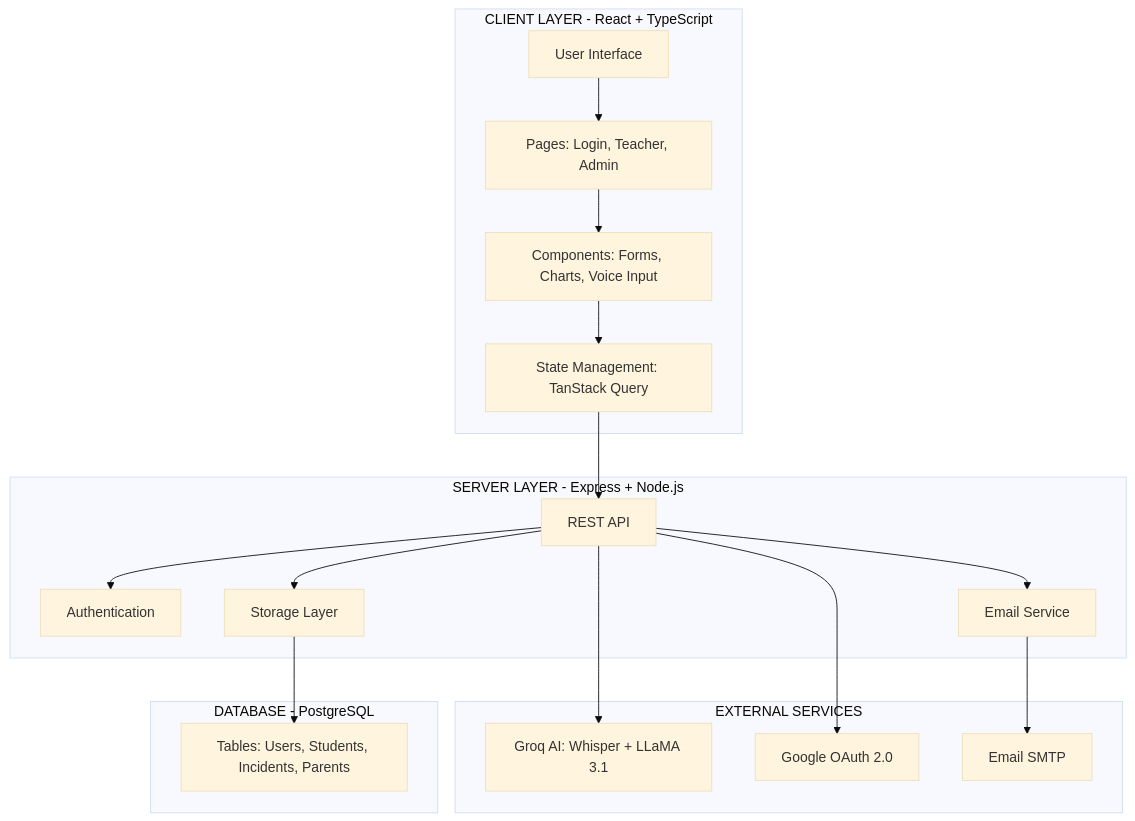
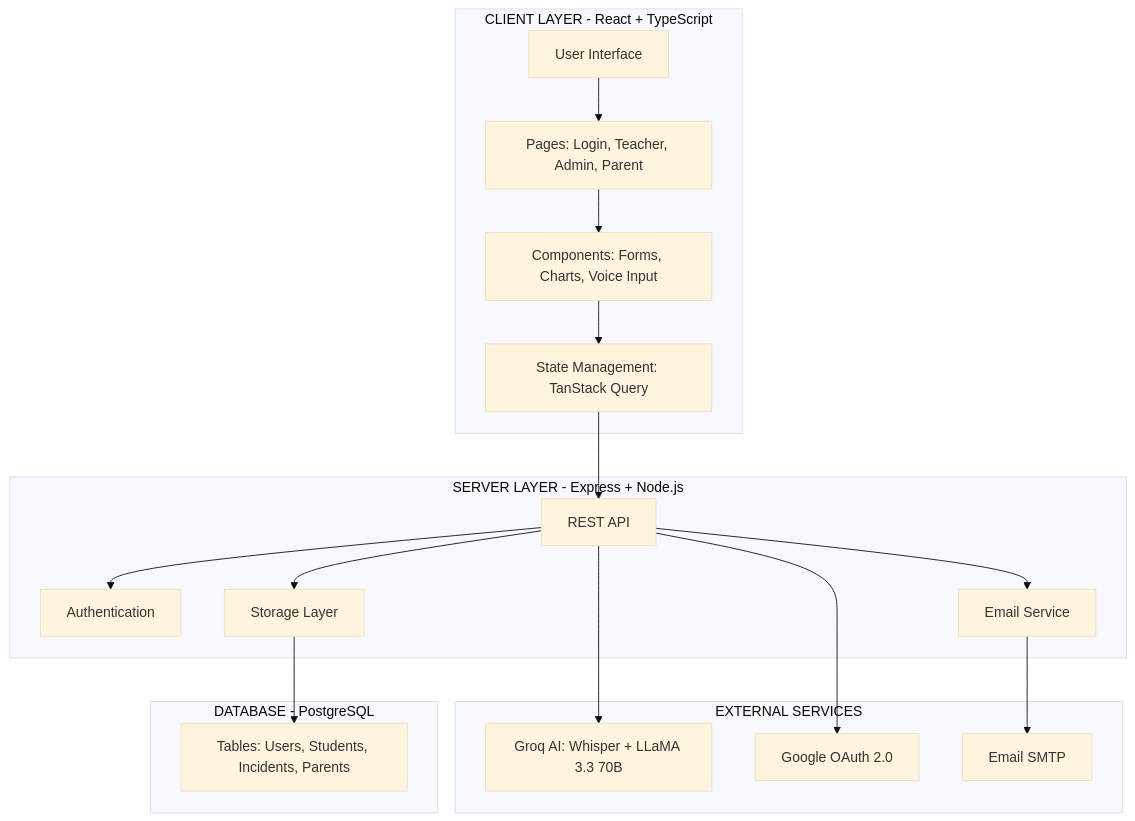
One commit to SALT-Lab-Human-AI/project-check-point-1-ABCapture changed the first of 4 diagrams in app/docs/architecture.md. Above: the diagram before and after it, drawn with Mermaid (base theme). The commit also changed other lines of this file, not shown here.

Commit message:
Fix architecture.md: Update to LLaMA 3.3 70B, correct automatic ABC extraction, and fix Mermaid rendering

````diff
--- a/app/docs/architecture.md
+++ b/app/docs/architecture.md
@@ -5,41 +5,41 @@
 ```mermaid
 graph TB
     subgraph Client["CLIENT LAYER - React + TypeScript"]
         UI[User Interface]
-        Pages[Pages: Login, Teacher, Admin]
+        Pages[Pages: Login, Teacher, Admin, Parent]
         Components[Components: Forms, Charts, Voice Input]
         State[State Management: TanStack Query]
     end
 
     subgraph Server["SERVER LAYER - Express + Node.js"]
         API[REST API]
         Auth[Authentication]
         Storage[Storage Layer]
         Email[Email Service]
     end
 
     subgraph External["EXTERNAL SERVICES"]
-        Groq[Groq AI: Whisper + LLaMA 3.1]
+        Groq[Groq AI: Whisper + LLaMA 3.3 70B]
         OAuth[Google OAuth 2.0]
         SMTP[Email SMTP]
     end
 
     subgraph DB["DATABASE - PostgreSQL"]
         Tables[Tables: Users, Students, Incidents, Parents]
     end
 
     UI --> Pages
     Pages --> Components
     Components --> State
     State --> API
     
     API --> Auth
     API --> Storage
     API --> Email
     
     Storage --> Tables
     
     API --> Groq
     API --> OAuth
     Email --> SMTP
 ```
````
